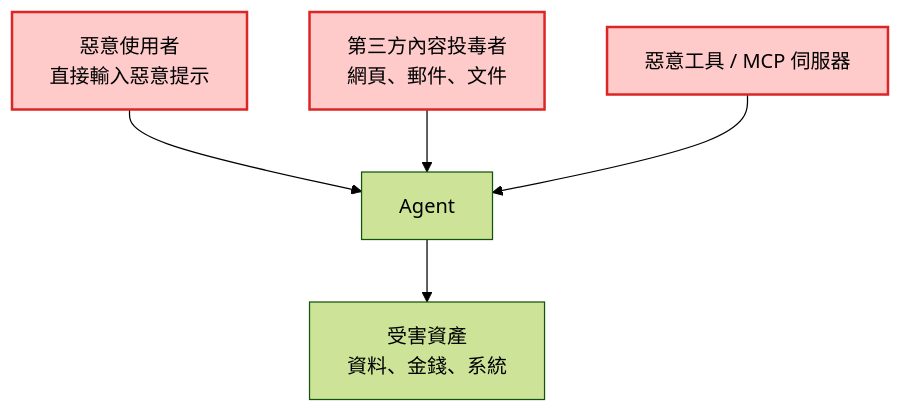
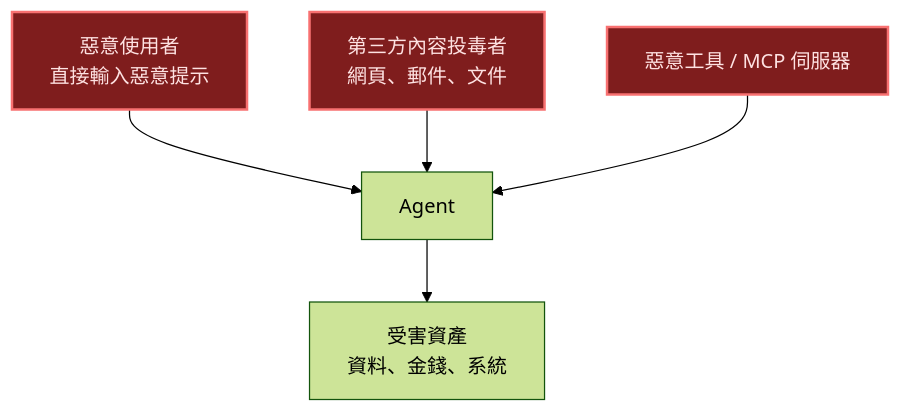
Before and after one commit to foylaou/ai-secops: the third of 18 diagrams in slides.md, drawn with Mermaid (forest theme). The commit also changed other lines of this file and 3 other files, not shown here.

````diff
--- a/slides.md
+++ b/slides.md
@@ -118,9 +122,9 @@
 ```mermaid {scale: 0.75}
 flowchart TD
   U["惡意使用者<br/>直接輸入惡意提示"] --> AG["Agent"]
   W["第三方內容投毒者<br/>網頁、郵件、文件"] --> AG
   T["惡意工具 / MCP 伺服器"] --> AG
   AG --> V["受害資產<br/>資料、金錢、系統"]
-  classDef atk fill:#fecaca,stroke:#dc2626,stroke-width:2px
+  classDef atk fill:#7f1d1d,stroke:#f87171,color:#fee2e2,stroke-width:2px
   class U,W,T atk
 ```
````
